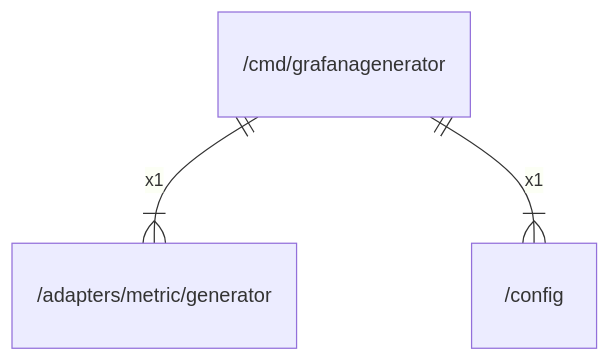
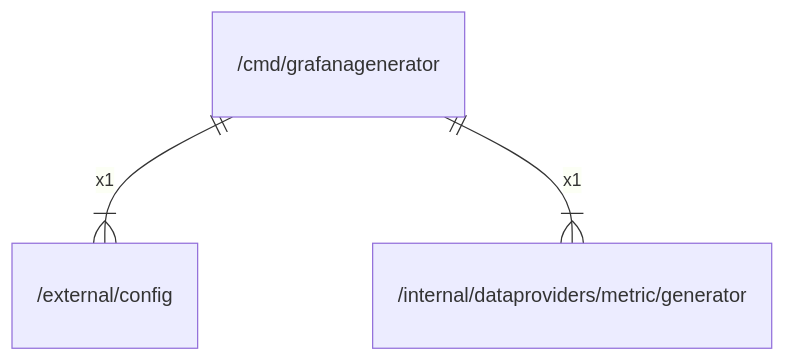
One commit to gbh007/hgraber-next changed the diagram in docs/arch/cmd/grafanagenerator.md. Above: the diagram before and after it, drawn with Mermaid. The commit also changed other lines of this file and 193 other files, not shown here.

````diff
--- a/docs/arch/cmd/grafanagenerator.md
+++ b/docs/arch/cmd/grafanagenerator.md
@@ -31,5 +31,5 @@
 ```mermaid
 erDiagram
-    "/cmd/grafanagenerator" ||--|{ "/adapters/metric/generator" : x1
-    "/cmd/grafanagenerator" ||--|{ "/config" : x1
+    "/cmd/grafanagenerator" ||--|{ "/external/config" : x1
+    "/cmd/grafanagenerator" ||--|{ "/internal/dataproviders/metric/generator" : x1
 ```
````
